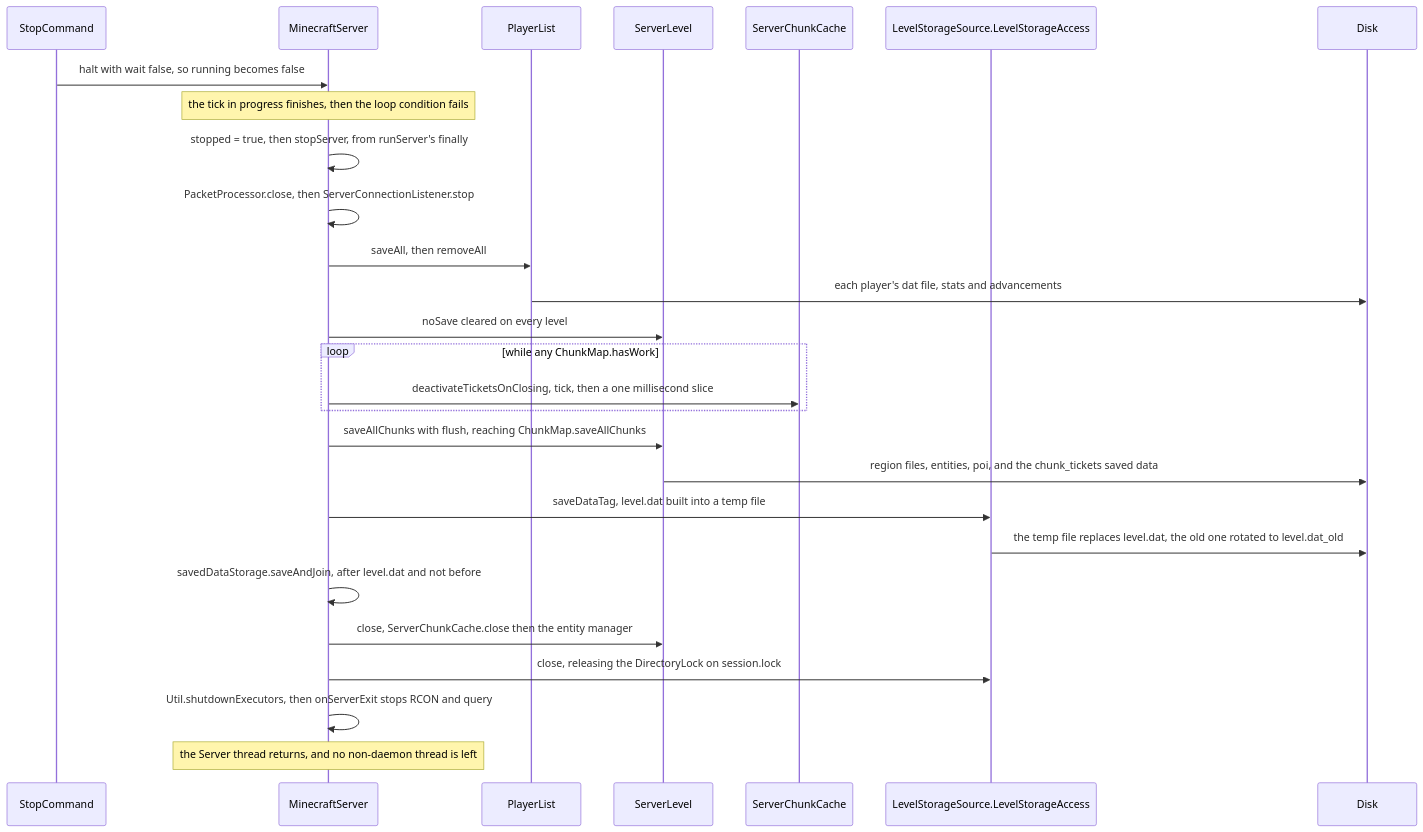
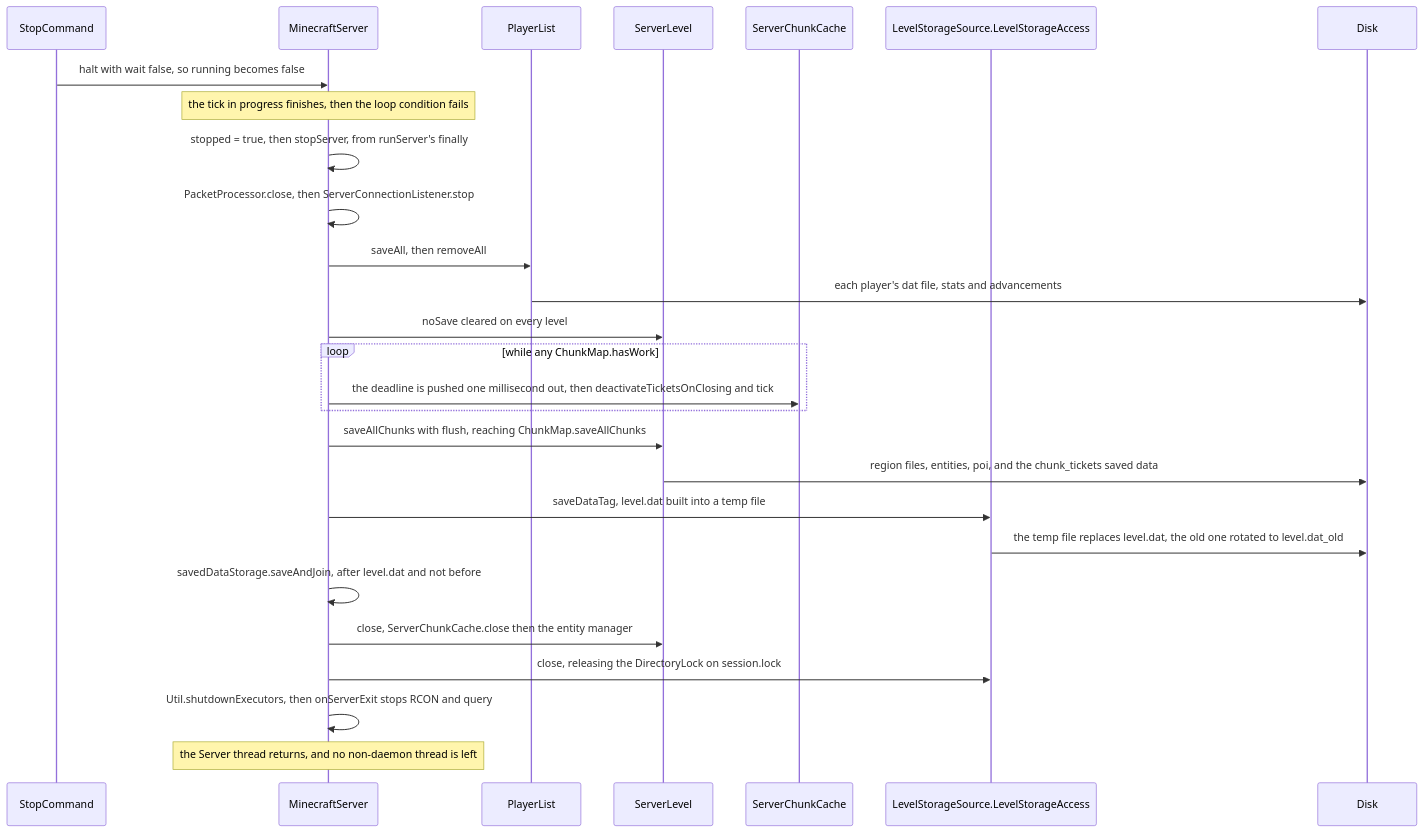
Before and after one commit to AlexanderjFraser/MinecraftDocs: the first of 2 diagrams in src/systems/server/how-a-server-dies.md, drawn with Mermaid. The commit also changed other lines of this file and 10 other files, not shown here.

````diff
--- a/src/systems/server/how-a-server-dies.md
+++ b/src/systems/server/how-a-server-dies.md
@@ -51,30 +53,30 @@
 ```mermaid
 sequenceDiagram
     participant SC as StopCommand
     participant MS as MinecraftServer
     participant PL as PlayerList
     participant SL as ServerLevel
     participant SCC as ServerChunkCache
     participant LSA as LevelStorageSource.LevelStorageAccess
     participant Disk
 
     SC->>MS: halt with wait false, so running becomes false
     Note over MS: the tick in progress finishes, then the loop condition fails
     MS->>MS: stopped = true, then stopServer, from runServer's finally
     MS->>MS: PacketProcessor.close, then ServerConnectionListener.stop
     MS->>PL: saveAll, then removeAll
     PL->>Disk: each player's dat file, stats and advancements
     MS->>SL: noSave cleared on every level
     loop while any ChunkMap.hasWork
-        MS->>SCC: deactivateTicketsOnClosing, tick, then a one millisecond slice
+        MS->>SCC: the deadline is pushed one millisecond out, then deactivateTicketsOnClosing and tick
     end
     MS->>SL: saveAllChunks with flush, reaching ChunkMap.saveAllChunks
     SL->>Disk: region files, entities, poi, and the chunk_tickets saved data
     MS->>LSA: saveDataTag, level.dat built into a temp file
     LSA->>Disk: the temp file replaces level.dat, the old one rotated to level.dat_old
     MS->>MS: savedDataStorage.saveAndJoin, after level.dat and not before
     MS->>SL: close, ServerChunkCache.close then the entity manager
     MS->>LSA: close, releasing the DirectoryLock on session.lock
     MS->>MS: Util.shutdownExecutors, then onServerExit stops RCON and query
     Note over MS: the Server thread returns, and no non-daemon thread is left
 ```
````
